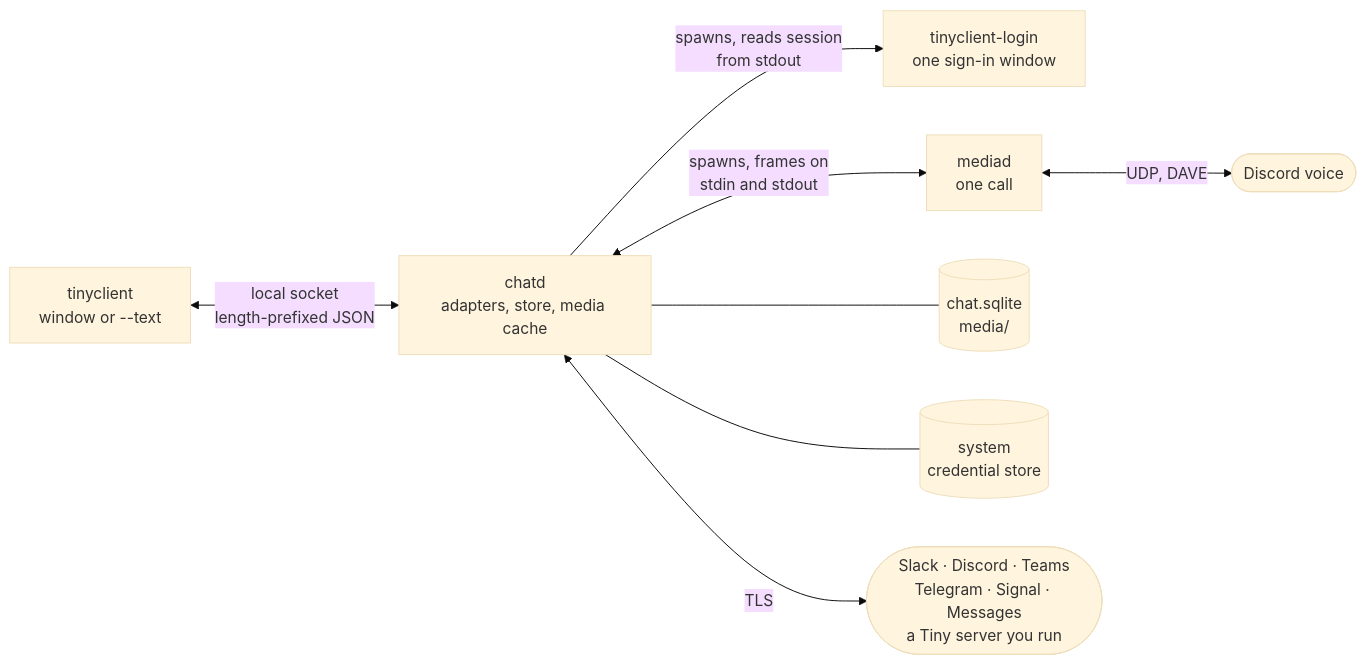
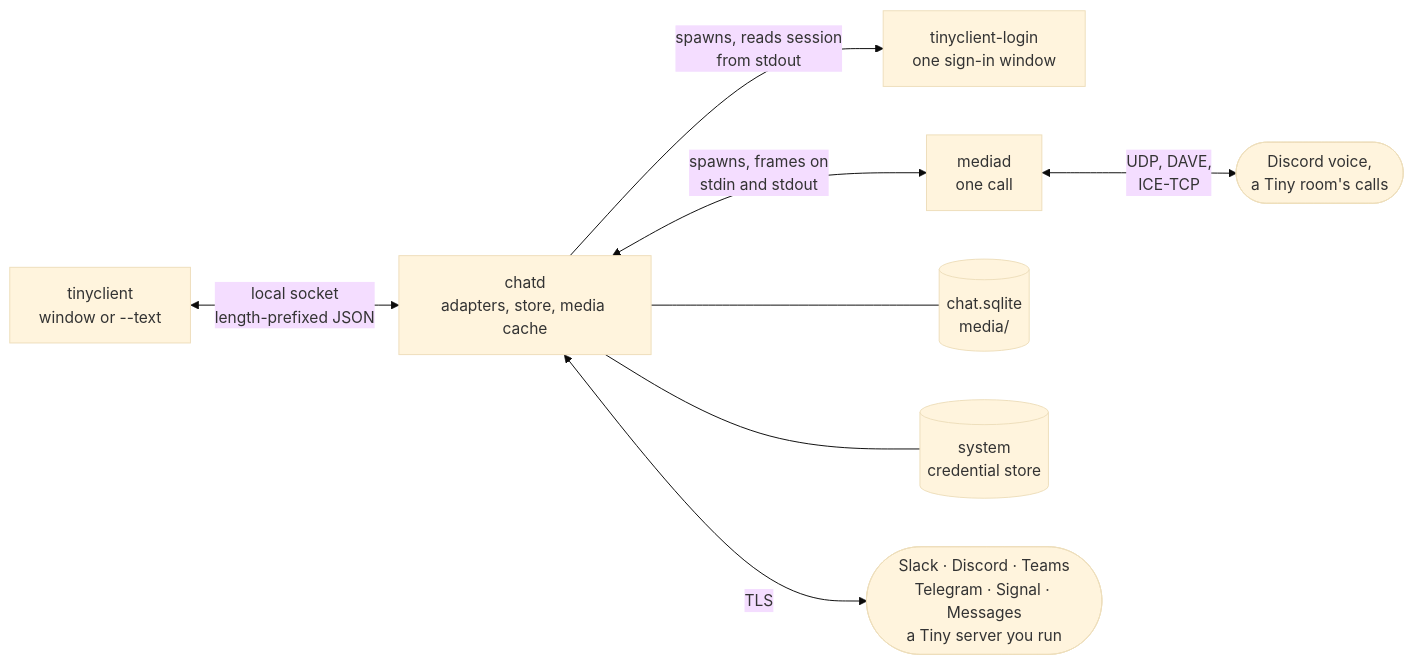
Before and after one commit to TinyComms/tinyclient: the diagram in README.md, drawn with Mermaid (base theme). The commit also changed other lines of this file and 4 other files, not shown here.

First line of the commit message:
Bring the roadmap and the product docs up to date with what shipped.

````diff
--- a/README.md
+++ b/README.md
@@ -260,19 +266,19 @@
 ```mermaid
 flowchart LR
     shell["tinyclient<br/>window or --text"]
     chatd["chatd<br/>adapters, store, media cache"]
     login["tinyclient-login<br/>one sign-in window"]
     mediad["mediad<br/>one call"]
     db[("chat.sqlite<br/>media/")]
     keys[("system<br/>credential store")]
     nets(["Slack · Discord · Teams<br/>Telegram · Signal · Messages<br/>a Tiny server you run"])
-    voice(["Discord voice"])
+    voice(["Discord voice,<br/>a Tiny room's calls"])
 
     shell <-->|"local socket<br/>length-prefixed JSON"| chatd
     chatd -->|"spawns, reads session<br/>from stdout"| login
     chatd <-->|"spawns, frames on<br/>stdin and stdout"| mediad
     chatd --- db
     chatd --- keys
     chatd <-->|TLS| nets
-    mediad <-->|"UDP, DAVE"| voice
+    mediad <-->|"UDP, DAVE,<br/>ICE-TCP"| voice
 ```
````
